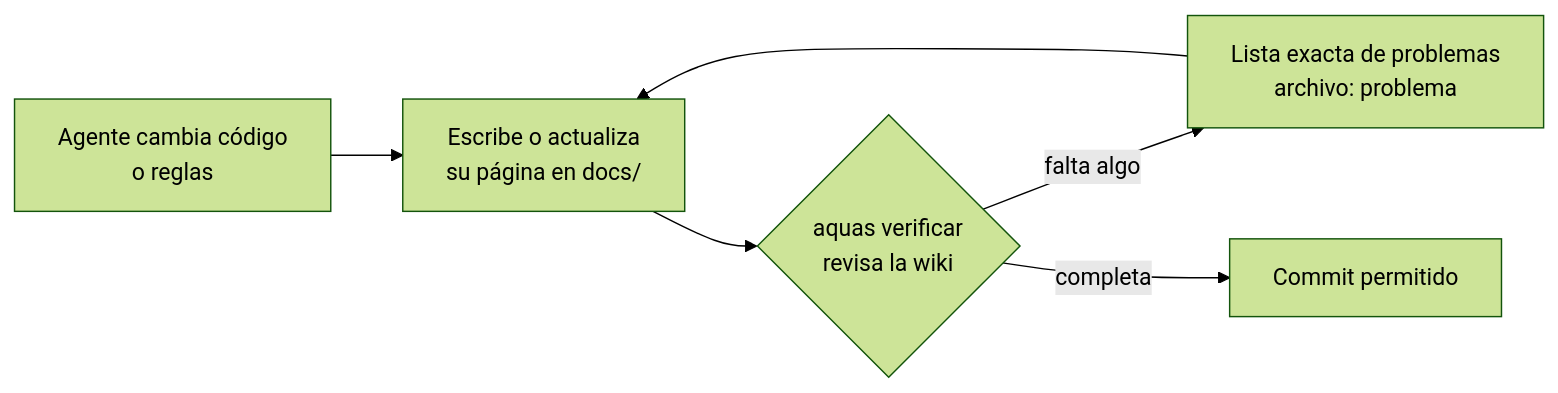
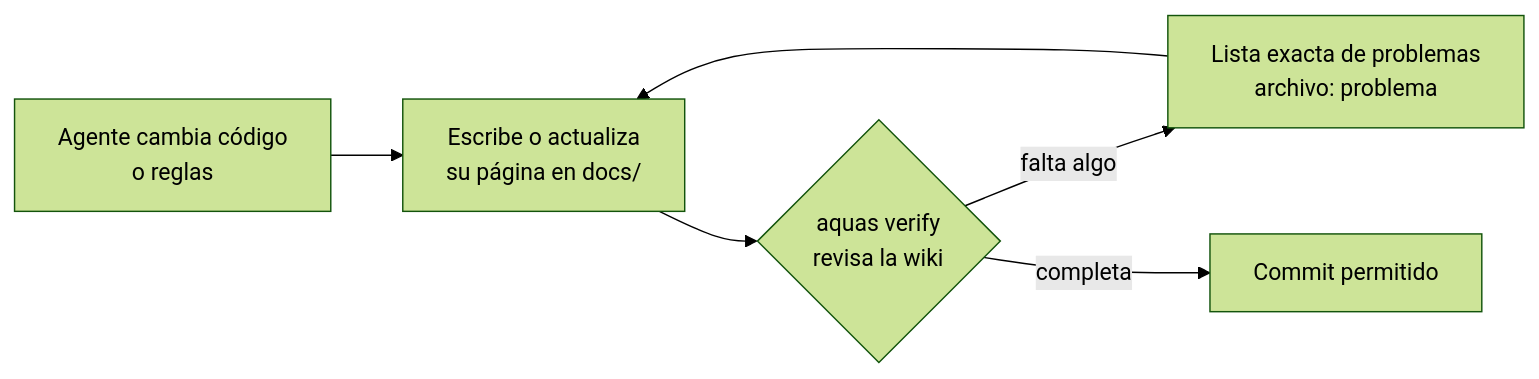
The first of 3 diagrams in docs/E001/F001/README.md (jliberal-aquas/aquas-central-harness-government), drawn with Mermaid (forest theme) before and after one commit. The commit also changed other lines of this file and 184 other files, not shown here.

````diff
--- a/docs/E001/F001/README.md
+++ b/docs/E001/F001/README.md
@@ -41,8 +41,8 @@
 ```mermaid
 flowchart LR
     E["Agente cambia código<br/>o reglas"] --> W["Escribe o actualiza<br/>su página en docs/"]
-    W --> G{"aquas verificar<br/>revisa la wiki"}
+    W --> G{"aquas verify<br/>revisa la wiki"}
     G -- "falta algo" --> L["Lista exacta de problemas<br/>archivo: problema"]
     L --> W
     G -- "completa" --> C["Commit permitido"]
 ```
````
